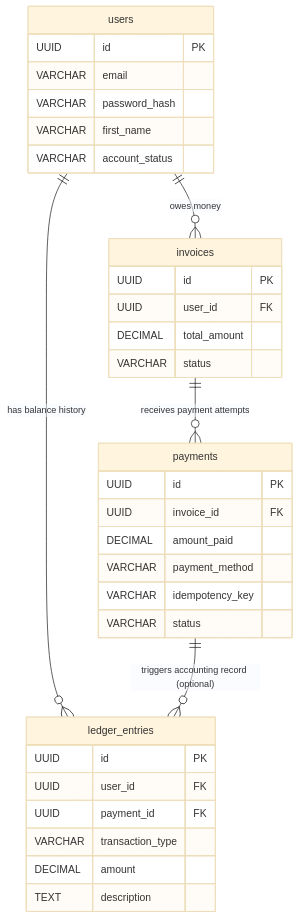
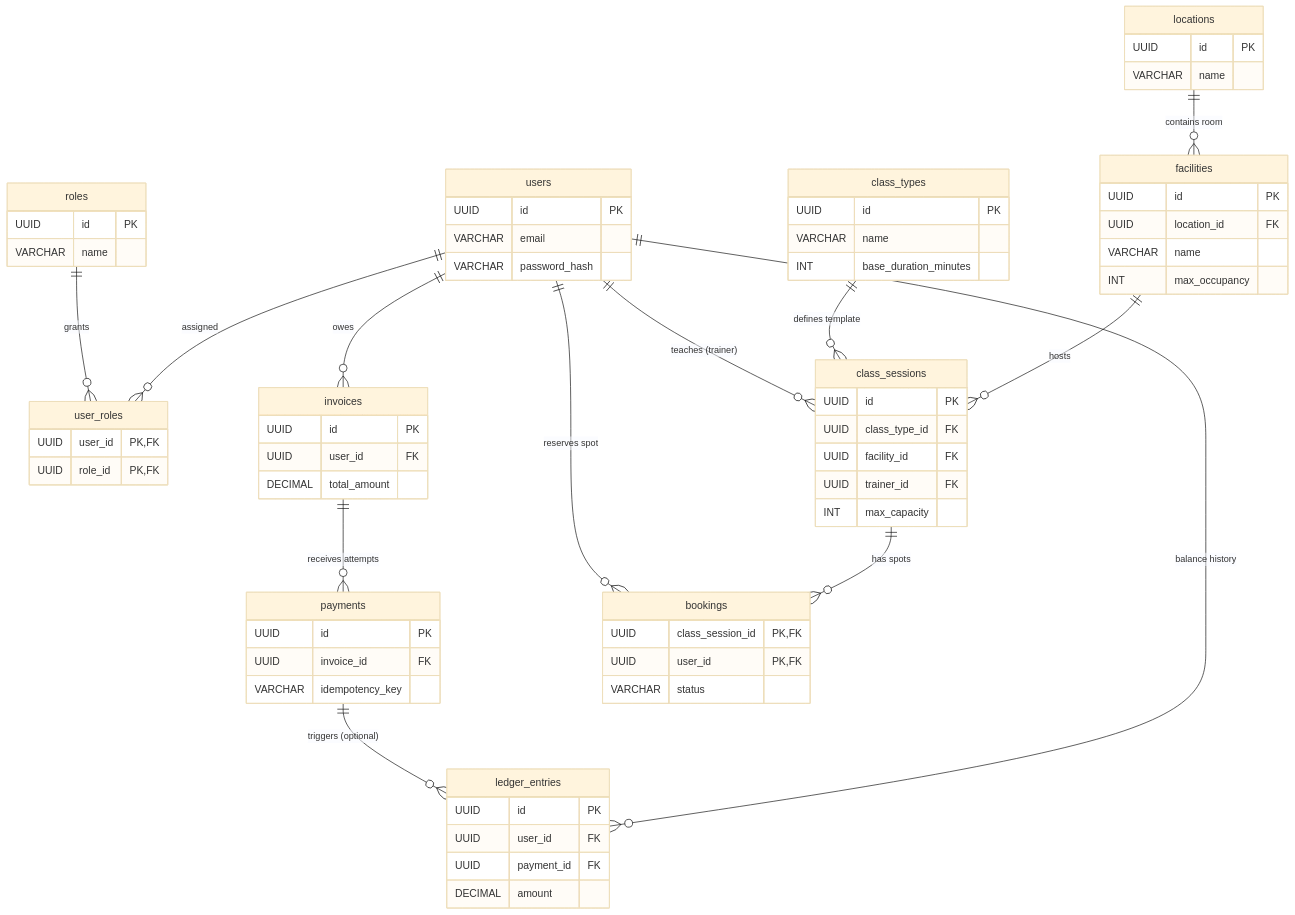
The diagram in docs/ER-diagram.md (Harsh-maheriya/enterprise-gym-platform), drawn with Mermaid (base theme) before and after one commit. The commit also changed other lines of this file, not shown here.

Commit message:
docs: update ER diagram to include 11-table enterprise schema

````diff
--- a/docs/ER-diagram.md
+++ b/docs/ER-diagram.md
@@ -7,37 +7,79 @@
 ```mermaid
 erDiagram
-    users ||--o{ invoices : "owes money"
-    users ||--o{ ledger_entries : "has balance history"
-    invoices ||--o{ payments : "receives payment attempts"
-    payments ||--o{ ledger_entries : "triggers accounting record (optional)"
+    %% Identity Domain
+    users ||--o{ user_roles : "assigned"
+    roles ||--o{ user_roles : "grants"
+    
+    %% Finance Domain
+    users ||--o{ invoices : "owes"
+    users ||--o{ ledger_entries : "balance history"
+    invoices ||--o{ payments : "receives attempts"
+    payments ||--o{ ledger_entries : "triggers (optional)"
+
+    %% Inventory & Scheduling Domain
+    locations ||--o{ facilities : "contains room"
+    facilities ||--o{ class_sessions : "hosts"
+    class_types ||--o{ class_sessions : "defines template"
+    users ||--o{ class_sessions : "teaches (trainer)"
+    class_sessions ||--o{ bookings : "has spots"
+    users ||--o{ bookings : "reserves spot"
 
     users {
         UUID id PK
         VARCHAR email
         VARCHAR password_hash
-        VARCHAR first_name
-        VARCHAR account_status
     }
+    roles {
+        UUID id PK
+        VARCHAR name
+    }
+    user_roles {
+        UUID user_id PK,FK
+        UUID role_id PK,FK
+    }
+    
     invoices {
         UUID id PK
         UUID user_id FK
         DECIMAL total_amount
-        VARCHAR status
     }
     payments {
         UUID id PK
         UUID invoice_id FK
-        DECIMAL amount_paid
-        VARCHAR payment_method
         VARCHAR idempotency_key
-        VARCHAR status
     }
     ledger_entries {
         UUID id PK
         UUID user_id FK
         UUID payment_id FK
-        VARCHAR transaction_type
         DECIMAL amount
-        TEXT description
+    }
+    
+    locations {
+        UUID id PK
+        VARCHAR name
+    }
+    facilities {
+        UUID id PK
+        UUID location_id FK
+        VARCHAR name
+        INT max_occupancy
+    }
+    class_types {
+        UUID id PK
+        VARCHAR name
+        INT base_duration_minutes
+    }
+    class_sessions {
+        UUID id PK
+        UUID class_type_id FK
+        UUID facility_id FK
+        UUID trainer_id FK
+        INT max_capacity
+    }
+    bookings {
+        UUID class_session_id PK,FK
+        UUID user_id PK,FK
+        VARCHAR status
     }
 ```
````
